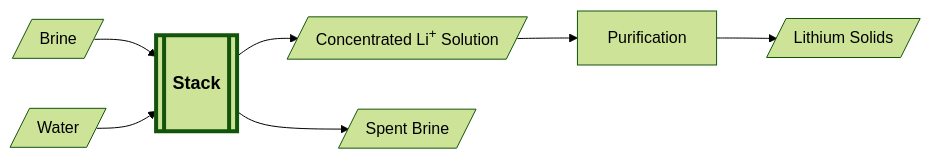
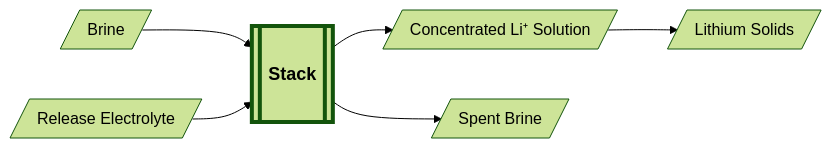
One commit to yuroucelinexiao/ionic-stacks changed the first of 2 diagrams in content/tech/sectors/minerals/_index.md. Above: the diagram before and after it, drawn with Mermaid (forest theme). The commit also changed other lines of this file and 32 other files, not shown here.

```diff
--- a/content/tech/sectors/minerals/_index.md
+++ b/content/tech/sectors/minerals/_index.md
@@ -20,24 +24,22 @@
 {{<mermaid >}}
   flowchart LR
 
   %% define the nodes
     Brine[/"Brine"/]
-    Water[/"Water"/]
+    Release[/"Release Electrolyte"/]
     Stack[["Stack"]]
-    Outflow[/"Concentrated Li<sup>+</sup> Solution"/]
+    Outflow[/"Concentrated Li⁺ Solution"/]
     Spent[/"Spent Brine"/]
-    Purification["Purification"]
     Pure[/"Lithium Solids"/]
 
   %% define the flow
     Brine --> Stack
-    Water --> Stack
+    Release --> Stack
     Stack --> Outflow
     Stack --> Spent
-    Outflow --> Purification
-    Purification --> Pure
+    Outflow --> Pure
 
    %% styling
     classDef StackStyle padding:25px 50px,stroke-width:4px,font-weight:bold,font-size:18px;
     class Stack StackStyle
 {{</mermaid >}}
```
